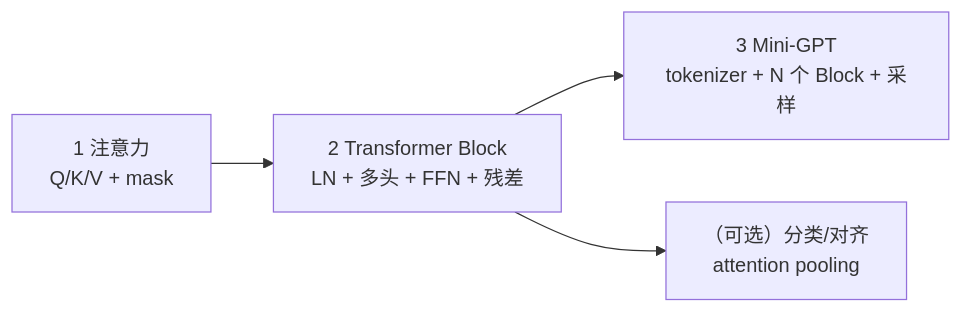
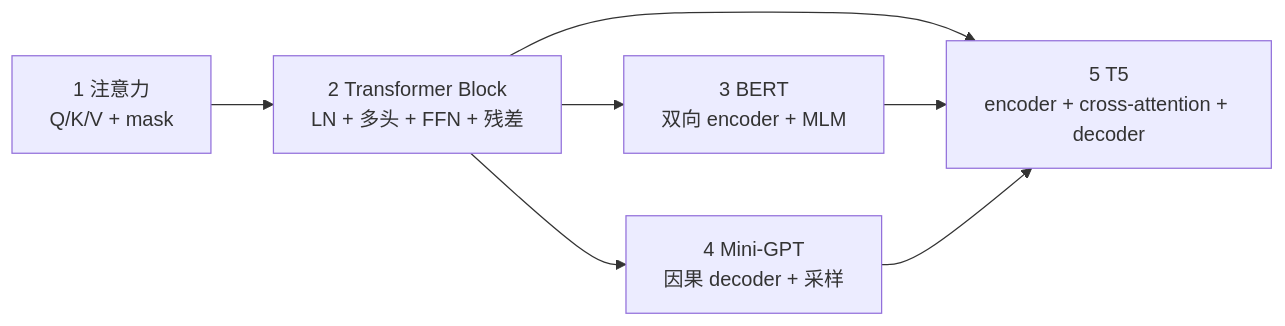
The diagram in algorithms/p04-transformer/README.md (Mosslau/Mosaic), drawn with Mermaid before and after one commit. The commit also changed other lines of this file and 11 other files, not shown here.

````diff
--- a/algorithms/p04-transformer/README.md
+++ b/algorithms/p04-transformer/README.md
@@ -32,6 +35,9 @@
 ```mermaid
 flowchart LR
     A["1 注意力<br/>Q/K/V + mask"] --> B["2 Transformer Block<br/>LN + 多头 + FFN + 残差"]
-    B --> C["3 Mini-GPT<br/>tokenizer + N 个 Block + 采样"]
-    B --> D["（可选）分类/对齐<br/>attention pooling"]
+    B --> C["3 BERT<br/>双向 encoder + MLM"]
+    B --> D["4 Mini-GPT<br/>因果 decoder + 采样"]
+    B --> E["5 T5<br/>encoder + cross-attention + decoder"]
+    C --> E
+    D --> E
 ```
````
